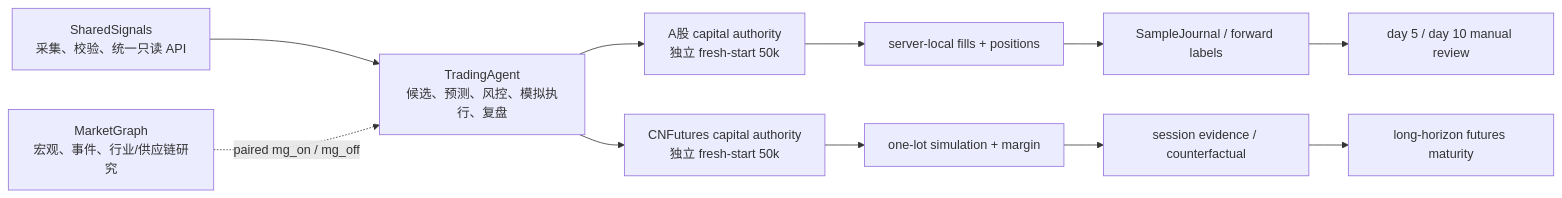
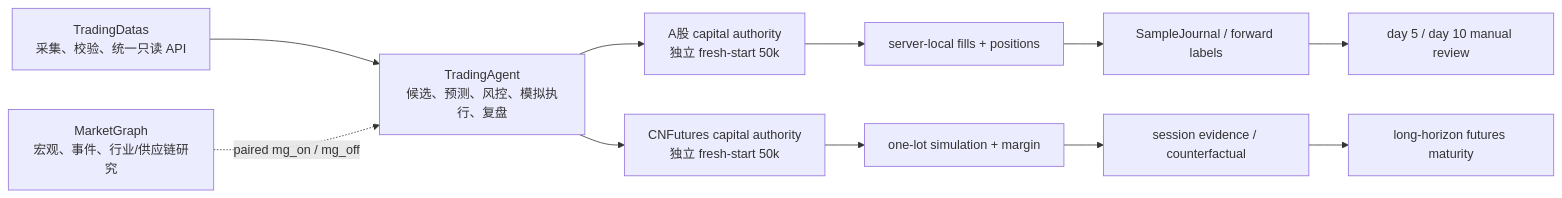
The first of 3 diagrams in docs/architecture.md (NicholasHan1226/Tradingagent.cc), drawn with Mermaid before and after one commit. The commit also changed other lines of this file and 192 other files, not shown here.

````diff
--- a/docs/architecture.md
+++ b/docs/architecture.md
@@ -15,13 +15,13 @@
 ```mermaid
 flowchart LR
-    SS["SharedSignals\n采集、校验、统一只读 API"] --> TA["TradingAgent\n候选、预测、风控、模拟执行、复盘"]
+    TD["TradingDatas\n采集、校验、统一只读 API"] --> TA["TradingAgent\n候选、预测、风控、模拟执行、复盘"]
     MG["MarketGraph\n宏观、事件、行业/供应链研究"] -. "paired mg_on / mg_off" .-> TA
     TA --> AC["A股 capital authority\n独立 fresh-start 50k"]
     TA --> FC["CNFutures capital authority\n独立 fresh-start 50k"]
     AC --> AE["server-local fills + positions"]
     FC --> FE["one-lot simulation + margin"]
     AE --> SJ["SampleJournal / forward labels"]
     FE --> FS["session evidence / counterfactual"]
     SJ --> AM["day 5 / day 10 manual review"]
     FS --> FM["long-horizon futures maturity"]
 ```
````
